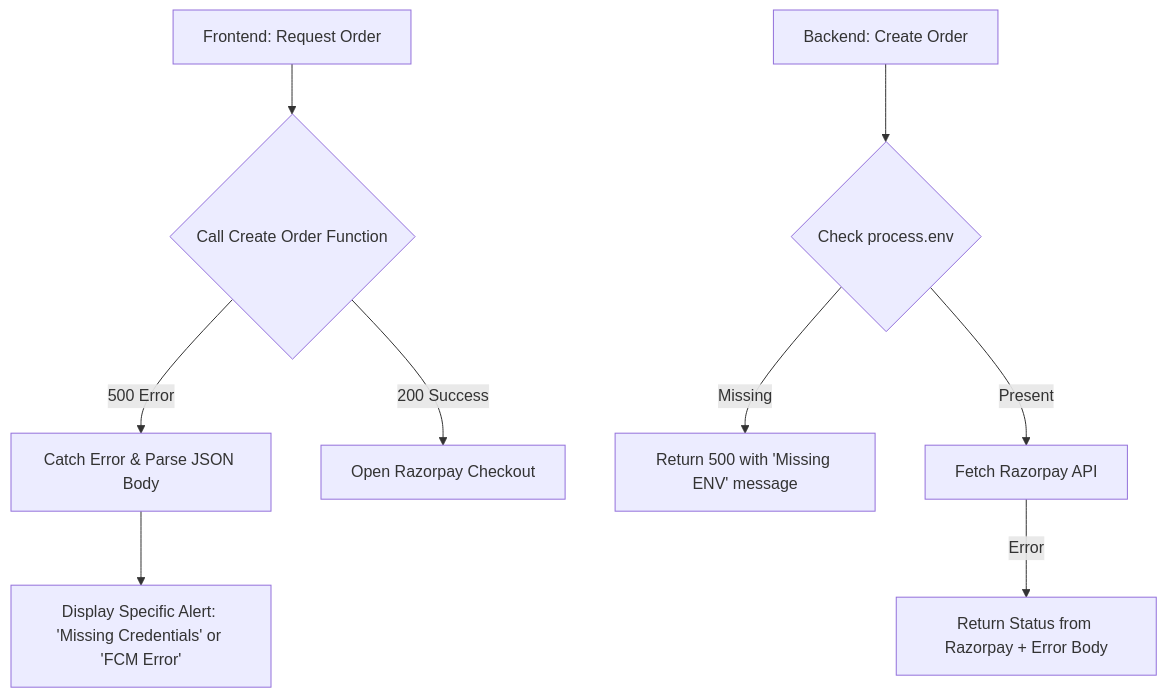
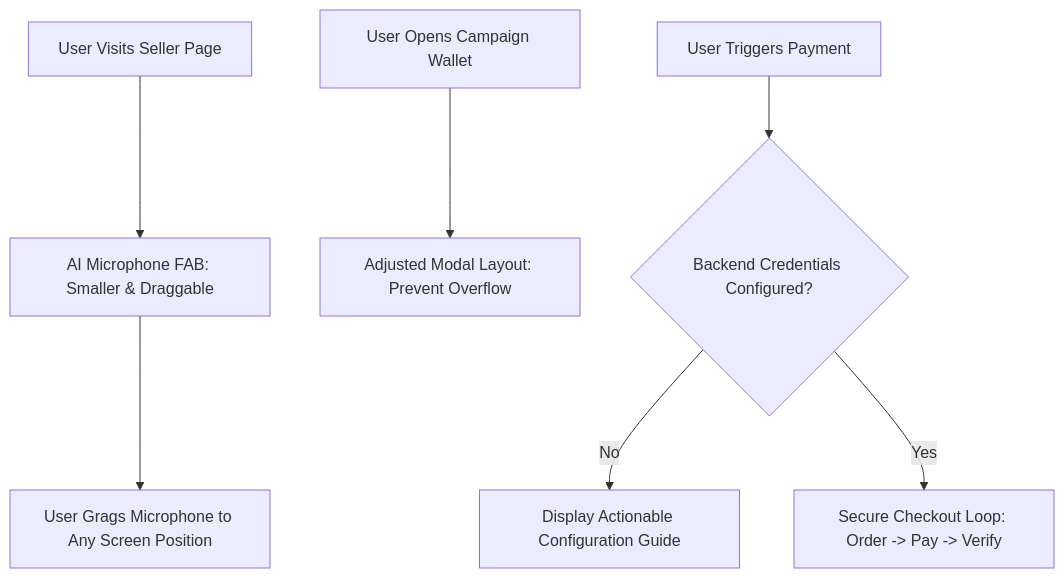
Before and after one commit to Suriya663/codez48-web-automation: the diagram in .artifacts/074f8ead-9721-4f77-87d0-951ebe4b1d7d/implementation_plan.artifact.md, drawn with Mermaid. The commit also changed other lines of this file and 9 other files, not shown here.

````diff
--- a/.artifacts/074f8ead-9721-4f77-87d0-951ebe4b1d7d/implementation_plan.artifact.md
+++ b/.artifacts/074f8ead-9721-4f77-87d0-951ebe4b1d7d/implementation_plan.artifact.md
@@ -7,13 +7,11 @@
 ```mermaid
 flowchart TD
-    A[Frontend: Request Order] --> B{Call Create Order Function}
-    B -->|500 Error| C[Catch Error & Parse JSON Body]
-    C --> D[Display Specific Alert: 'Missing Credentials' or 'FCM Error']
+    A[User Visits Seller Page] --> B[AI Microphone FAB: Smaller & Draggable]
+    B --> C[User Grags Microphone to Any Screen Position]
 
-    B -->|200 Success| E[Open Razorpay Checkout]
+    D[User Opens Campaign Wallet] --> E[Adjusted Modal Layout: Prevent Overflow]
 
-    F[Backend: Create Order] --> G{Check process.env}
-    G -->|Missing| H[Return 500 with 'Missing ENV' message]
-    G -->|Present| I[Fetch Razorpay API]
-    I -->|Error| J[Return Status from Razorpay + Error Body]
+    F[User Triggers Payment] --> G{Backend Credentials Configured?}
+    G -->|No| H[Display Actionable Configuration Guide]
+    G -->|Yes| I[Secure Checkout Loop: Order -> Pay -> Verify]
 ```
````
